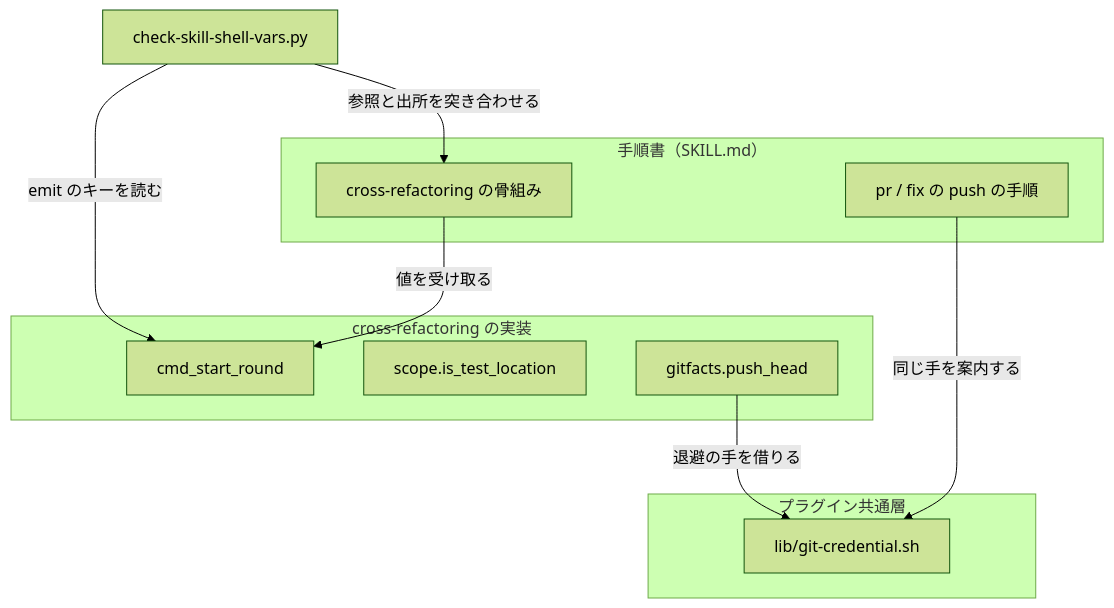
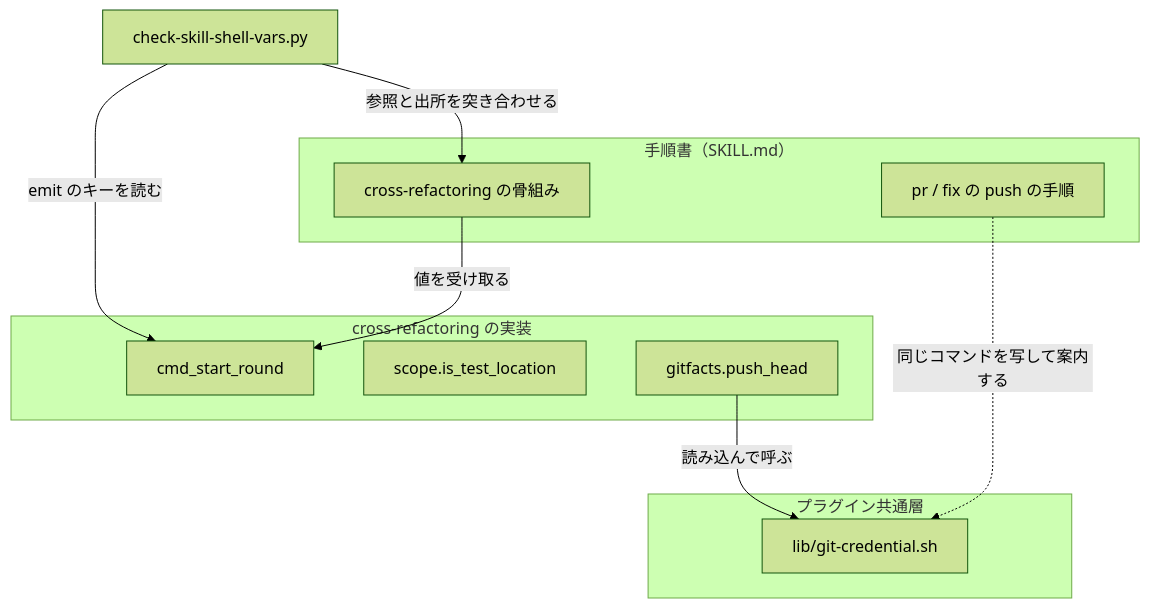
The first of 5 diagrams in issues/issue-518-524-design.md (devbasex/ai-plugins), drawn with Mermaid (forest theme) before and after one commit. The commit also changed other lines of this file, not shown here.

````diff
--- a/issues/issue-518-524-design.md
+++ b/issues/issue-518-524-design.md
@@ -26,20 +28,20 @@
 ```mermaid
 graph TD
     subgraph 手順書["手順書（SKILL.md）"]
         SK[cross-refactoring の骨組み]
         PRS[pr / fix の push の手順]
     end
     subgraph 実装["cross-refactoring の実装"]
         SR[cmd_start_round]
         SC[scope.is_test_location]
         PH[gitfacts.push_head]
     end
     subgraph 共通["プラグイン共通層"]
         GC[lib/git-credential.sh]
     end
     CHK[check-skill-shell-vars.py] -->|参照と出所を突き合わせる| SK
     CHK -->|emit のキーを読む| SR
     SK -->|値を受け取る| SR
-    PH -->|退避の手を借りる| GC
-    PRS -->|同じ手を案内する| GC
+    PH -->|読み込んで呼ぶ| GC
+    PRS -.->|同じコマンドを写して案内する| GC
 ```
````
